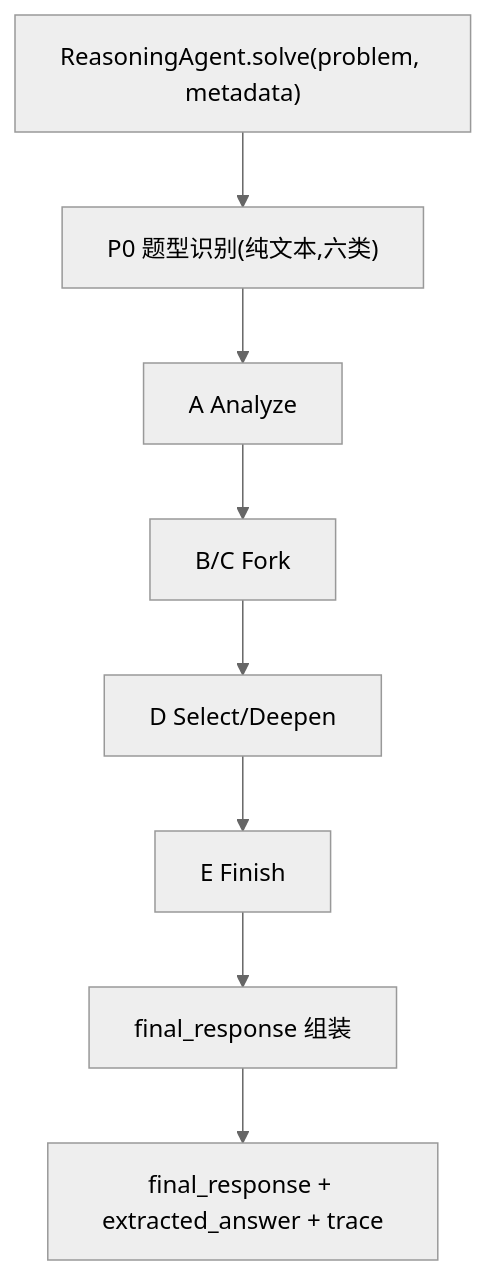
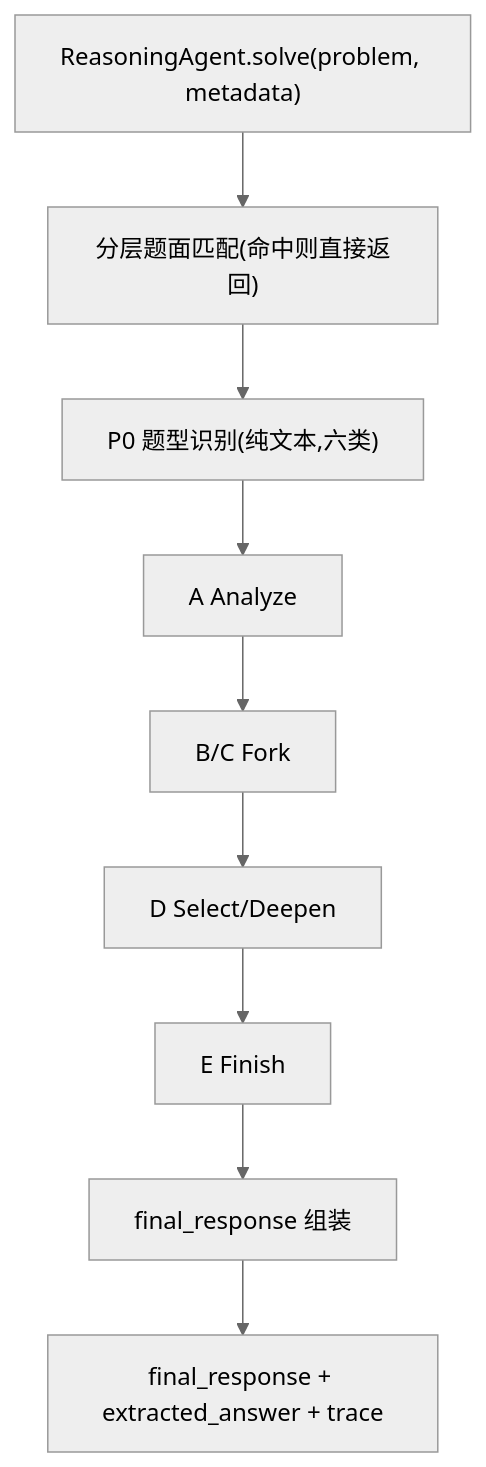
Before and after one commit to RUSS0718/Challenge-Cup-2026: the first of 2 diagrams in README.md, drawn with Mermaid (neutral theme). The commit also changed other lines of this file and 12 other files, not shown here.

````diff
--- a/README.md
+++ b/README.md
@@ -17,10 +17,11 @@
 ```mermaid
 flowchart TD
-    entry["ReasoningAgent.solve(problem, metadata)"] --> classify["P0 题型识别(纯文本,六类)"]
+    entry["ReasoningAgent.solve(problem, metadata)"] --> bank["分层题面匹配(命中则直接返回)"]
+    bank --> classify["P0 题型识别(纯文本,六类)"]
     classify --> analyze["A Analyze"]
     analyze --> fork["B/C Fork"]
     fork --> deepen["D Select/Deepen"]
     deepen --> finish["E Finish"]
     finish --> finalize["final_response 组装"]
     finalize --> out["final_response + extracted_answer + trace"]
 ```
````
